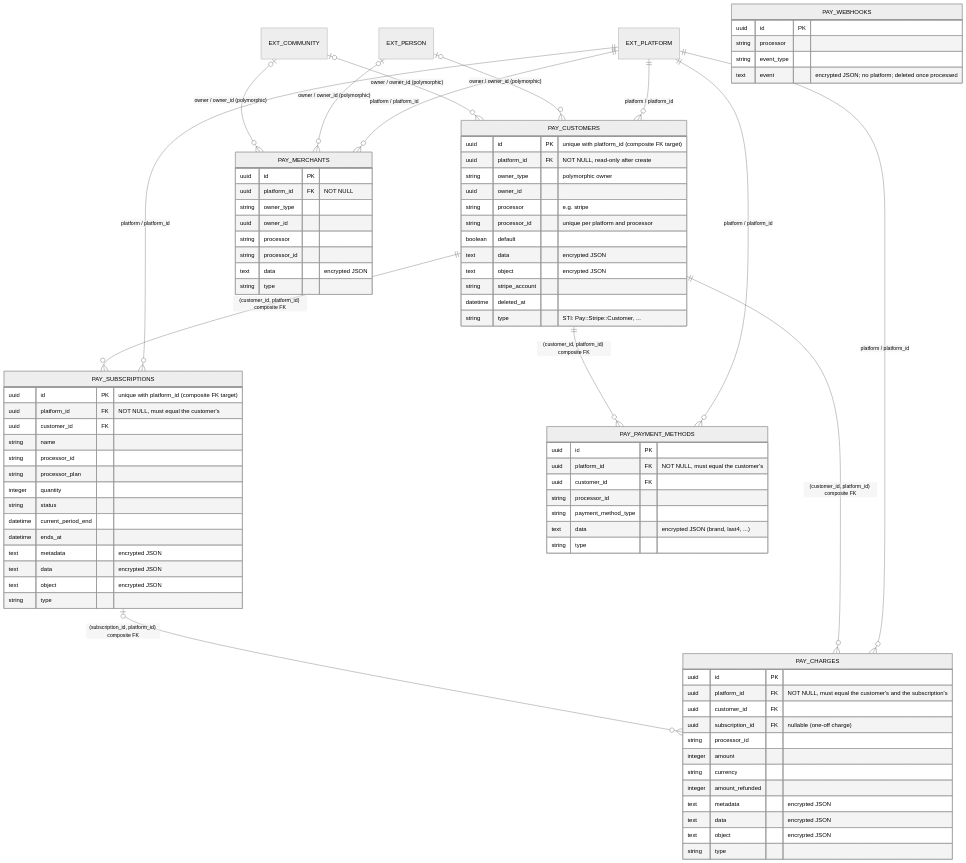
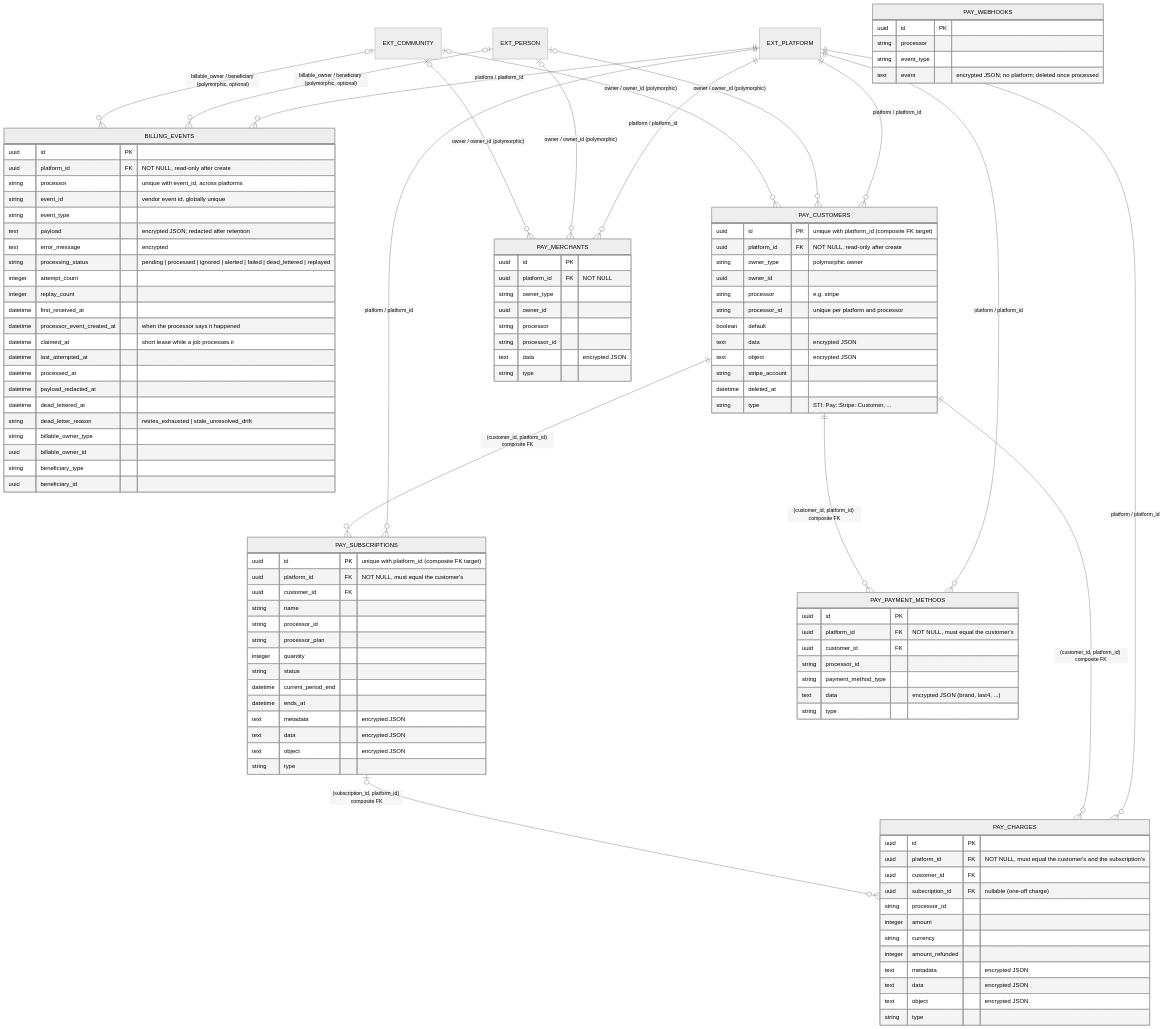
Before and after one commit to better-together-org/community-engine-rails: the diagram in docs/diagrams/source/billing_schema_erd.mmd, drawn with Mermaid (neutral theme). The commit also changed 38 other files, not shown here.

```diff
--- a/docs/diagrams/source/billing_schema_erd.mmd
+++ b/docs/diagrams/source/billing_schema_erd.mmd
@@ -1,96 +1,126 @@
 %% Billing — entity/schema view. Pay's tables are owned by Community Engine: every table that
 %% holds tenant data carries a required platform_id, and children are tied to their customer's
 %% (or subscription's) platform by COMPOSITE foreign keys (customer_id, platform_id), so a row
 %% can never belong to a different platform than its parent. pay_webhooks is transient (Pay
 %% deletes a row once its event is processed) and has no platform.
 %% Columns marked "encrypted" are Active Record Encryption ciphertext in a text column.
-%% Later billing PRs extend this file with the event log and the plan catalog.
+%% The event log is platform-bound too, with its payload and error text encrypted. The plan catalog
+%% is added with the plans PR.
 erDiagram
+  EXT_PLATFORM ||--o{ BILLING_EVENTS : "platform / platform_id"
+  EXT_PERSON o|--o{ BILLING_EVENTS : "billable_owner / beneficiary (polymorphic, optional)"
+  EXT_COMMUNITY o|--o{ BILLING_EVENTS : "billable_owner / beneficiary (polymorphic, optional)"
+
   EXT_PLATFORM ||--o{ PAY_CUSTOMERS : "platform / platform_id"
   EXT_PLATFORM ||--o{ PAY_MERCHANTS : "platform / platform_id"
   EXT_PLATFORM ||--o{ PAY_SUBSCRIPTIONS : "platform / platform_id"
   EXT_PLATFORM ||--o{ PAY_PAYMENT_METHODS : "platform / platform_id"
   EXT_PLATFORM ||--o{ PAY_CHARGES : "platform / platform_id"
   EXT_PERSON o|--o{ PAY_CUSTOMERS : "owner / owner_id (polymorphic)"
   EXT_COMMUNITY o|--o{ PAY_CUSTOMERS : "owner / owner_id (polymorphic)"
   EXT_PERSON o|--o{ PAY_MERCHANTS : "owner / owner_id (polymorphic)"
   EXT_COMMUNITY o|--o{ PAY_MERCHANTS : "owner / owner_id (polymorphic)"
   PAY_CUSTOMERS ||--o{ PAY_SUBSCRIPTIONS : "(customer_id, platform_id) composite FK"
   PAY_CUSTOMERS ||--o{ PAY_PAYMENT_METHODS : "(customer_id, platform_id) composite FK"
   PAY_CUSTOMERS ||--o{ PAY_CHARGES : "(customer_id, platform_id) composite FK"
   PAY_SUBSCRIPTIONS o|--o{ PAY_CHARGES : "(subscription_id, platform_id) composite FK"
 
   PAY_CUSTOMERS {
     uuid id PK "unique with platform_id (composite FK target)"
     uuid platform_id FK "NOT NULL, read-only after create"
     string owner_type "polymorphic owner"
     uuid owner_id
     string processor "e.g. stripe"
     string processor_id "unique per platform and processor"
     boolean default
     text data "encrypted JSON"
     text object "encrypted JSON"
     string stripe_account
     datetime deleted_at
     string type "STI: Pay::Stripe::Customer, ..."
   }
 
   PAY_MERCHANTS {
     uuid id PK
     uuid platform_id FK "NOT NULL"
     string owner_type
     uuid owner_id
     string processor
     string processor_id
     text data "encrypted JSON"
     string type
   }
 
   PAY_SUBSCRIPTIONS {
     uuid id PK "unique with platform_id (composite FK target)"
     uuid platform_id FK "NOT NULL, must equal the customer's"
     uuid customer_id FK
     string name
     string processor_id
     string processor_plan
     integer quantity
     string status
     datetime current_period_end
     datetime ends_at
     text metadata "encrypted JSON"
     text data "encrypted JSON"
     text object "encrypted JSON"
     string type
   }
 
   PAY_PAYMENT_METHODS {
     uuid id PK
     uuid platform_id FK "NOT NULL, must equal the customer's"
     uuid customer_id FK
     string processor_id
     string payment_method_type
     text data "encrypted JSON (brand, last4, ...)"
     string type
   }
 
   PAY_CHARGES {
     uuid id PK
     uuid platform_id FK "NOT NULL, must equal the customer's and the subscription's"
     uuid customer_id FK
     uuid subscription_id FK "nullable (one-off charge)"
     string processor_id
     integer amount
     string currency
     integer amount_refunded
     text metadata "encrypted JSON"
     text data "encrypted JSON"
     text object "encrypted JSON"
     string type
   }
 
   PAY_WEBHOOKS {
     uuid id PK
     string processor
     string event_type
     text event "encrypted JSON; no platform; deleted once processed"
   }
+
+  BILLING_EVENTS {
+    uuid id PK
+    uuid platform_id FK "NOT NULL, read-only after create"
+    string processor "unique with event_id, across platforms"
+    string event_id "vendor event id, globally unique"
+    string event_type
+    text payload "encrypted JSON; redacted after retention"
+    text error_message "encrypted"
+    string processing_status "pending | processed | ignored | alerted | failed | dead_lettered | replayed"
+    integer attempt_count
+    integer replay_count
+    datetime first_received_at
+    datetime processor_event_created_at "when the processor says it happened"
+    datetime claimed_at "short lease while a job processes it"
+    datetime last_attempted_at
+    datetime processed_at
+    datetime payload_redacted_at
+    datetime dead_lettered_at
+    string dead_letter_reason "retries_exhausted | stale_unresolved_drift"
+    string billable_owner_type
+    uuid billable_owner_id
+    string beneficiary_type
+    uuid beneficiary_id
+  }
```
